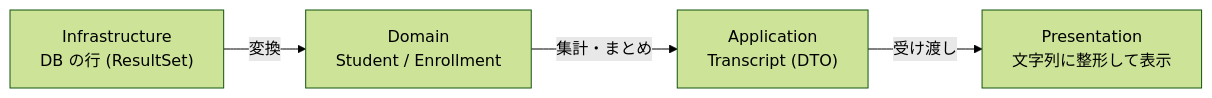
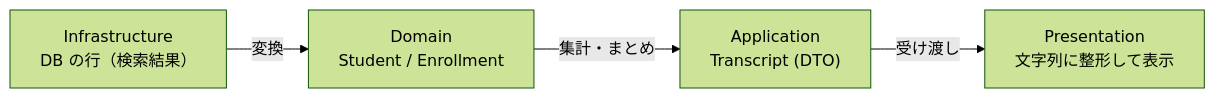
Before and after one commit to YTS0418/PRMN_SYSTEM_Lecture: the third of 3 diagrams in 4層アーキテクチャ/02_4層の役割.md, drawn with Mermaid (forest theme). The commit also changed other lines of this file, not shown here.

````diff
--- a/4層アーキテクチャ/02_4層の役割.md
+++ b/4層アーキテクチャ/02_4層の役割.md
@@ -179,6 +176,6 @@
 ```mermaid
 flowchart LR
-    I["Infrastructure<br>DB の行 (ResultSet)"] -->|変換| D["Domain<br>Student / Enrollment"]
+    I["Infrastructure<br>DB の行（検索結果）"] -->|変換| D["Domain<br>Student / Enrollment"]
     D -->|集計・まとめ| A["Application<br>Transcript (DTO)"]
     A -->|受け渡し| P["Presentation<br>文字列に整形して表示"]
 ```
````
